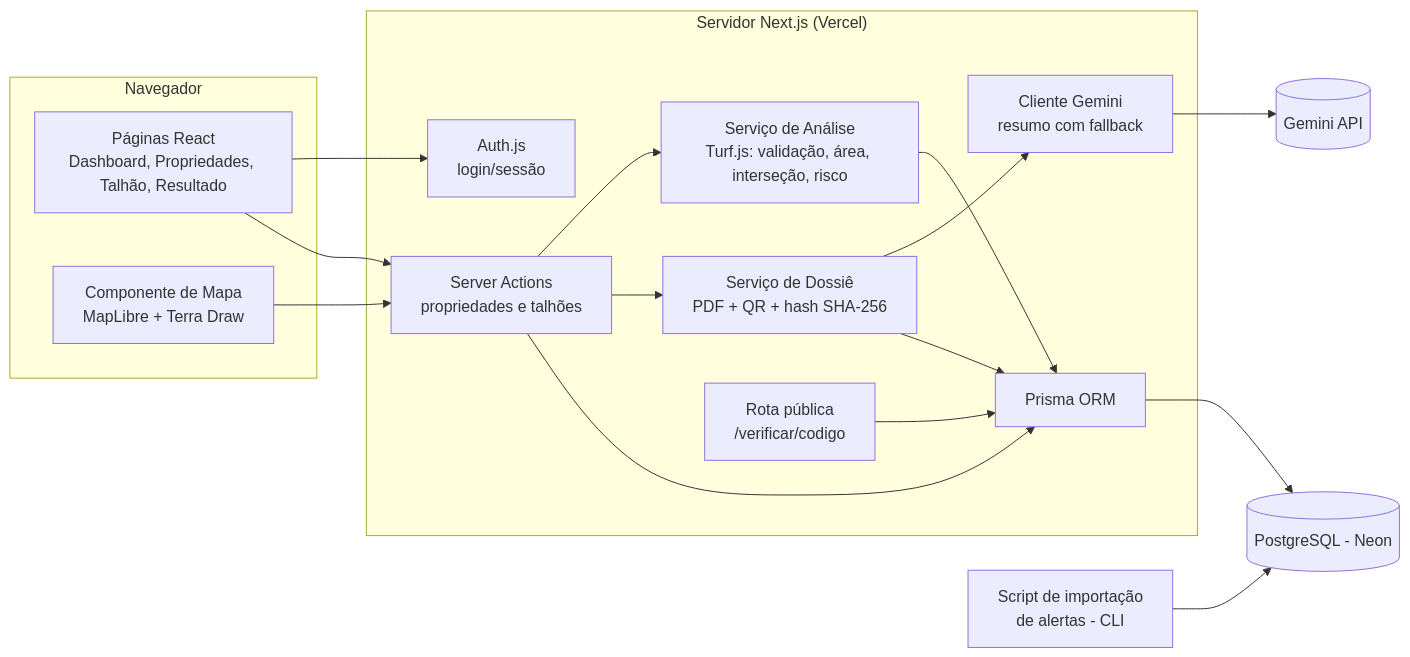
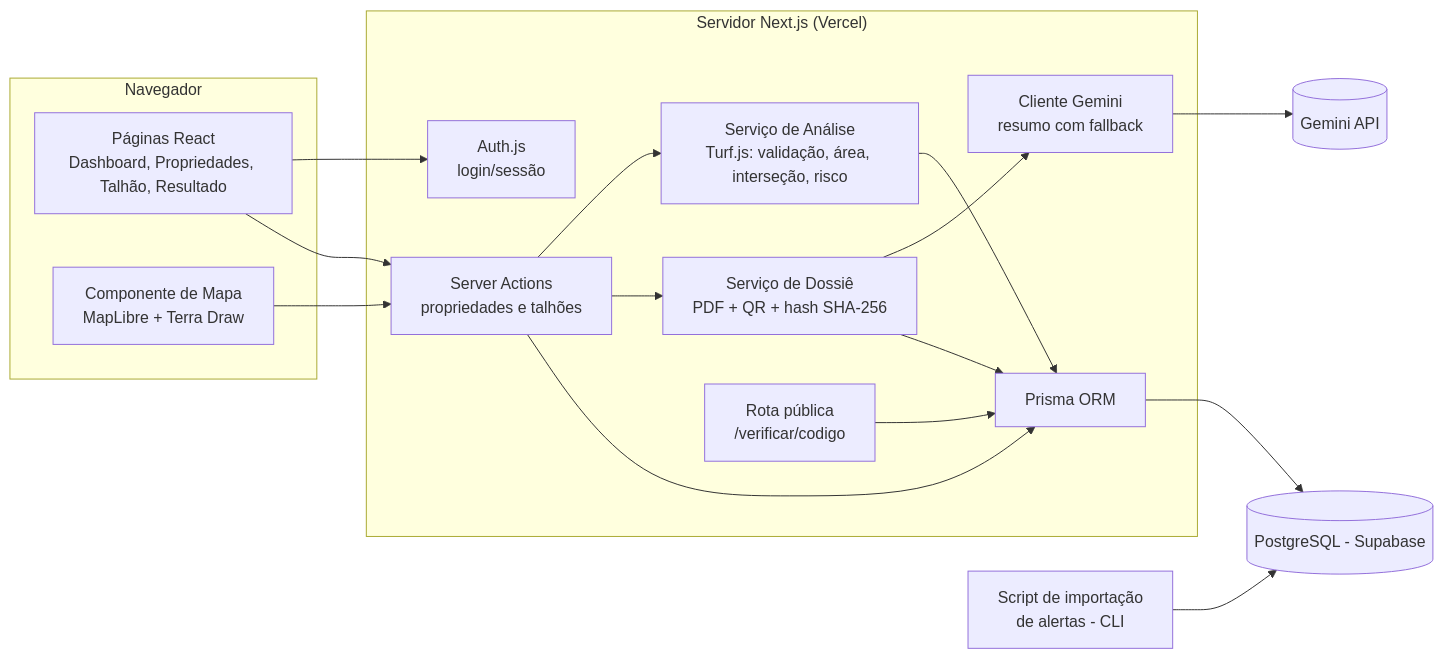
The second of 5 diagrams in docs/04-arquitetura.md (luizacoelh/RastroVerde), drawn with Mermaid before and after one commit. The commit also changed other lines of this file and 5 other files, not shown here.

Commit message:
docs: trocar Neon por Supabase como banco PostgreSQL (ADR-05)

````diff
--- a/docs/04-arquitetura.md
+++ b/docs/04-arquitetura.md
@@ -53,34 +57,34 @@
 ```mermaid
 flowchart LR
   subgraph Navegador
     UI[Páginas React<br/>Dashboard, Propriedades, Talhão, Resultado]
     MAP[Componente de Mapa<br/>MapLibre + Terra Draw]
   end
 
   subgraph "Servidor Next.js (Vercel)"
     AUTH[Auth.js<br/>login/sessão]
     ACT[Server Actions<br/>propriedades e talhões]
     GEO[Serviço de Análise<br/>Turf.js: validação, área, interseção, risco]
     DOS[Serviço de Dossiê<br/>PDF + QR + hash SHA-256]
     IA[Cliente Gemini<br/>resumo com fallback]
     VER[Rota pública<br/>/verificar/codigo]
     REPO[Prisma ORM]
   end
 
-  DB[(PostgreSQL - Neon)]
+  DB[(PostgreSQL - Supabase)]
   SCRIPT[Script de importação<br/>de alertas - CLI]
   GEM[(Gemini API)]
 
   UI --> AUTH
   UI --> ACT
   MAP --> ACT
   ACT --> GEO
   ACT --> DOS
   DOS --> IA --> GEM
   GEO --> REPO
   DOS --> REPO
   VER --> REPO
   ACT --> REPO
   REPO --> DB
   SCRIPT --> DB
 ```
````
